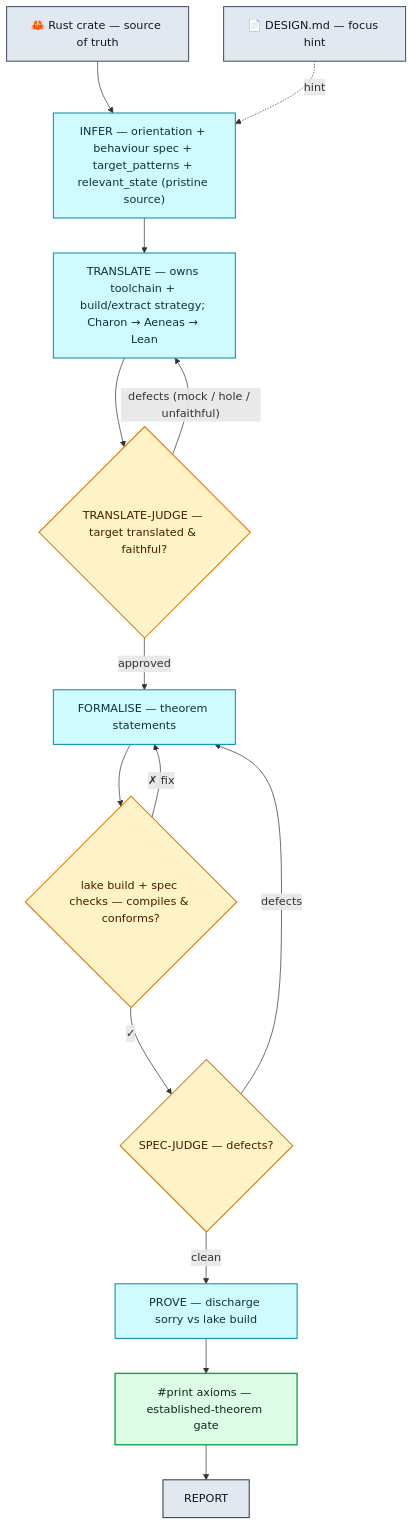
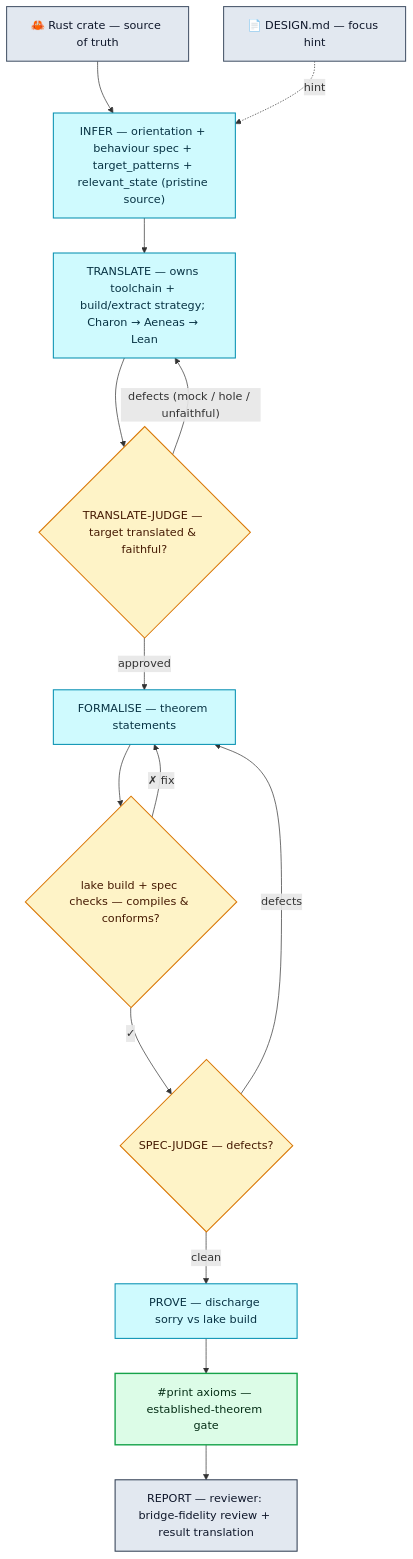
Before and after one commit to Certora/lusterna: the diagram in README.md, drawn with Mermaid. The commit also changed other lines of this file and 4 other files, not shown here.

First line of the commit message:
feat(review): reconceive REPORT as a reviewer with a projection-grounding spine

````diff
--- a/README.md
+++ b/README.md
@@ -119,30 +119,30 @@
 ```mermaid
 flowchart TD
   DESIGN["📄 DESIGN.md — focus hint"]:::src
   RUST["🦀 Rust crate — source of truth"]:::src
 
   INFER["INFER — orientation + behaviour spec + target_patterns + relevant_state (pristine source)"]:::impl
   TRANSLATE["TRANSLATE — owns toolchain + build/extract strategy; Charon → Aeneas → Lean"]:::impl
   TJUDGE{"TRANSLATE-JUDGE — target translated & faithful?"}:::gate
   FORMALISE["FORMALISE — theorem statements"]:::impl
   FBUILD{"lake build + spec checks — compiles & conforms?"}:::gate
   SJUDGE{"SPEC-JUDGE — defects?"}:::gate
   PROVE["PROVE — discharge sorry vs lake build"]:::impl
   AXIOMS["#print axioms — established-theorem gate"]:::verify
-  REPORT["REPORT"]:::report
+  REPORT["REPORT — reviewer: bridge-fidelity review + result translation"]:::report
 
   RUST --> INFER --> TRANSLATE --> TJUDGE
   TJUDGE -- "defects (mock / hole / unfaithful)" --> TRANSLATE
   TJUDGE -- "approved" --> FORMALISE --> FBUILD
   FBUILD -- "✗ fix" --> FORMALISE
   FBUILD -- "✓" --> SJUDGE
   SJUDGE -- "defects" --> FORMALISE
   SJUDGE -- "clean" --> PROVE --> AXIOMS --> REPORT
   DESIGN -. "hint" .-> INFER
 
   classDef src    fill:#e2e8f0,stroke:#475569,stroke-width:1.5px,color:#0f172a;
   classDef impl   fill:#cffafe,stroke:#0891b2,stroke-width:1.5px,color:#083344;
   classDef gate   fill:#fef3c7,stroke:#d97706,stroke-width:1.5px,color:#451a03;
   classDef verify fill:#dcfce7,stroke:#16a34a,stroke-width:2px,color:#052e16;
   classDef report fill:#e2e8f0,stroke:#334155,stroke-width:1.5px,color:#0f172a;
 ```
````
